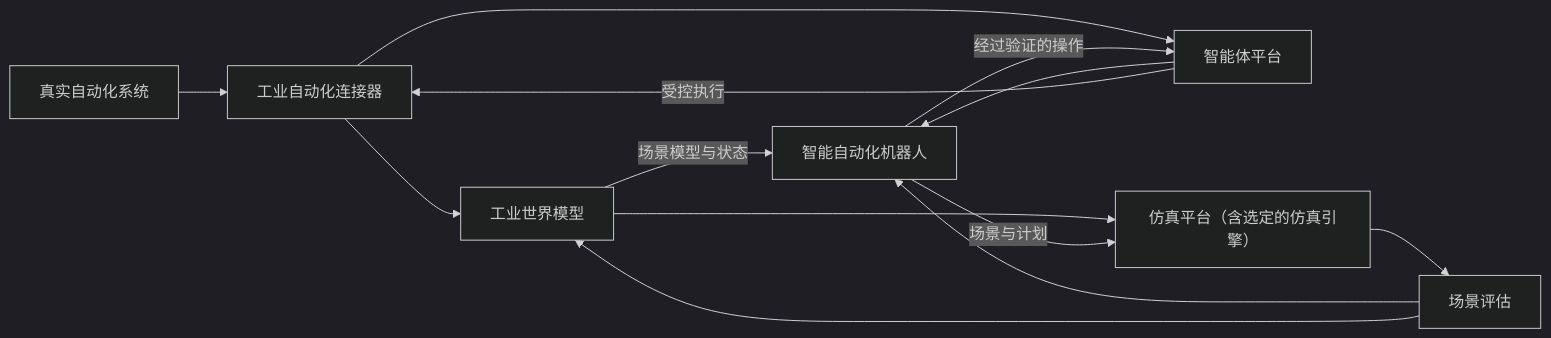
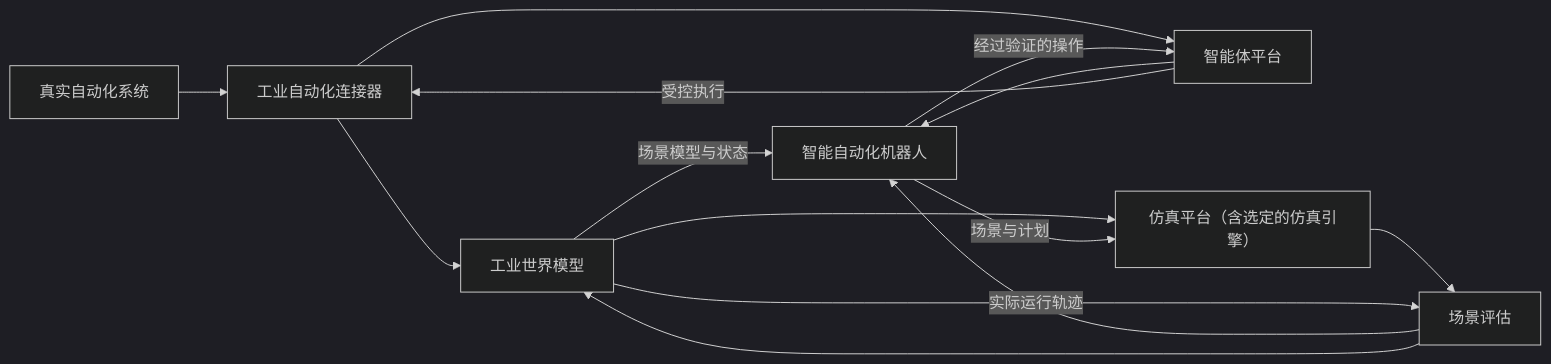
The diagram in README.zh-CN.md (simulator-bot/.github), drawn with Mermaid (dark theme) before and after one commit. The commit also changed other lines of this file and 1 other file, not shown here.

````diff
--- a/README.zh-CN.md
+++ b/README.zh-CN.md
@@ -19,15 +19,16 @@
 ```mermaid
 flowchart LR
     R[真实自动化系统] --> C[工业自动化连接器]
     C --> W[工业世界模型]
     C --> P[智能体平台]
     P --> A[智能自动化机器人]
     W -->|场景模型与状态| A
     W --> S[仿真平台（含选定的仿真引擎）]
     A -->|场景与计划| S
     S --> E[场景评估]
+    W -->|实际运行轨迹| E
     E --> A
     E --> W
     A -->|经过验证的操作| P
     P -->|受控执行| C
 ```
````
